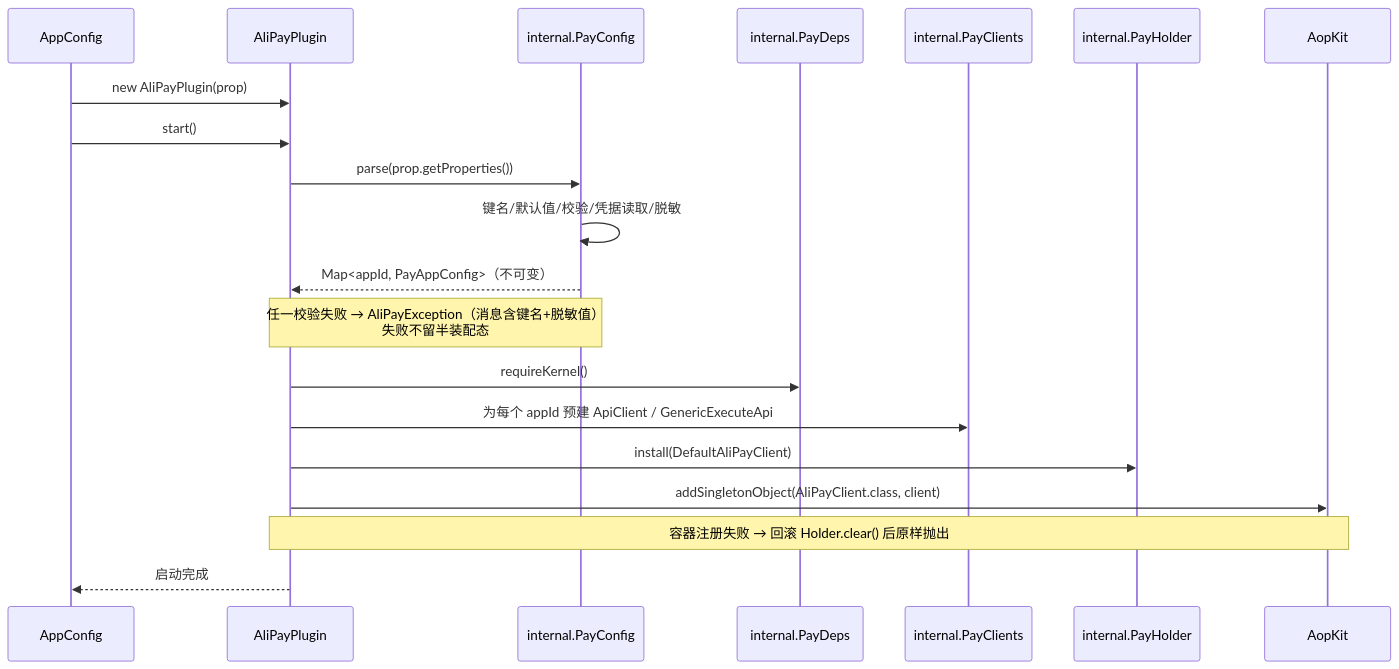
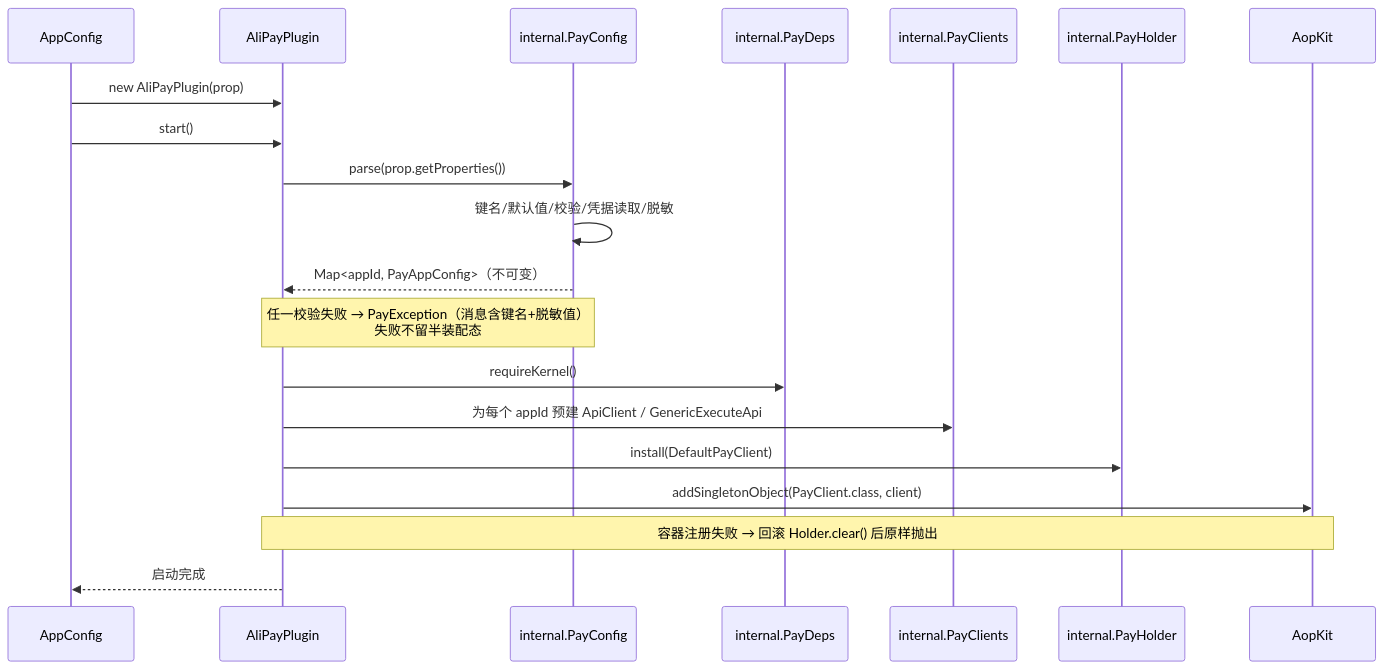
The first of 4 diagrams in aifei-pay/docs/design.md (gollyhu/aifei-eco-modules), drawn with Mermaid before and after one commit. The commit also changed other lines of this file and 7 other files, not shown here.

````diff
--- a/aifei-pay/docs/design.md
+++ b/aifei-pay/docs/design.md
@@ -1182,23 +1218,23 @@
 ```mermaid
 sequenceDiagram
     participant App as AppConfig
     participant Plugin as AliPayPlugin
     participant Cfg as internal.PayConfig
     participant Deps as internal.PayDeps
     participant Cli as internal.PayClients
     participant Holder as internal.PayHolder
     participant Aop as AopKit
 
     App->>Plugin: new AliPayPlugin(prop)
     App->>Plugin: start()
     Plugin->>Cfg: parse(prop.getProperties())
     Cfg->>Cfg: 键名/默认值/校验/凭据读取/脱敏
     Cfg-->>Plugin: Map<appId, PayAppConfig>（不可变）
-    Note over Cfg,Plugin: 任一校验失败 → AliPayException（消息含键名+脱敏值）<br/>失败不留半装配态
+    Note over Cfg,Plugin: 任一校验失败 → PayException（消息含键名+脱敏值）<br/>失败不留半装配态
     Plugin->>Deps: requireKernel()
     Plugin->>Cli: 为每个 appId 预建 ApiClient / GenericExecuteApi
-    Plugin->>Holder: install(DefaultAliPayClient)
-    Plugin->>Aop: addSingletonObject(AliPayClient.class, client)
+    Plugin->>Holder: install(DefaultPayClient)
+    Plugin->>Aop: addSingletonObject(PayClient.class, client)
     Note over Plugin,Aop: 容器注册失败 → 回滚 Holder.clear() 后原样抛出
     Plugin-->>App: 启动完成
 ```
````
